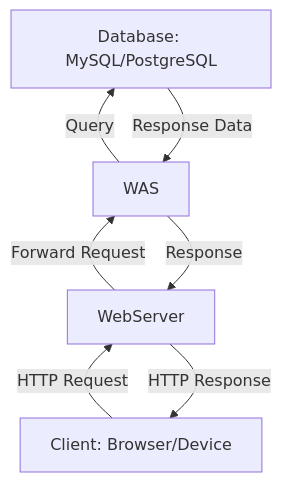
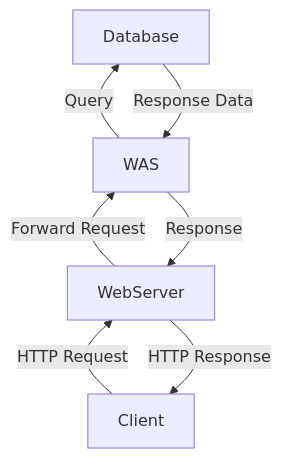
One commit to choiexe1/blog changed the diagram in content/Resources/프로그래밍/Java/3. Spring/2. MVC 1편/웹 서버와 웹 어플리케이션 서버.md. Above: the diagram before and after it, drawn with Mermaid. The commit also changed other lines of this file, not shown here.

````diff
--- a/content/Resources/프로그래밍/Java/3. Spring/2. MVC 1편/웹 서버와 웹 어플리케이션 서버.md
+++ b/content/Resources/프로그래밍/Java/3. Spring/2. MVC 1편/웹 서버와 웹 어플리케이션 서버.md
@@ -24,13 +24,13 @@
 ```mermaid
 graph BT
-Client[Client: Browser/Device] 
+Client
 WebServer 
 WAS 
-Database[Database: MySQL/PostgreSQL] 
+Database
 Client -->|HTTP Request| WebServer 
 WebServer -->|Forward Request| WAS 
 WAS -->|Query| Database 
 Database -->|Response Data| WAS 
 WAS -->|Response| WebServer 
 WebServer -->|HTTP Response| Client
 ```
````
